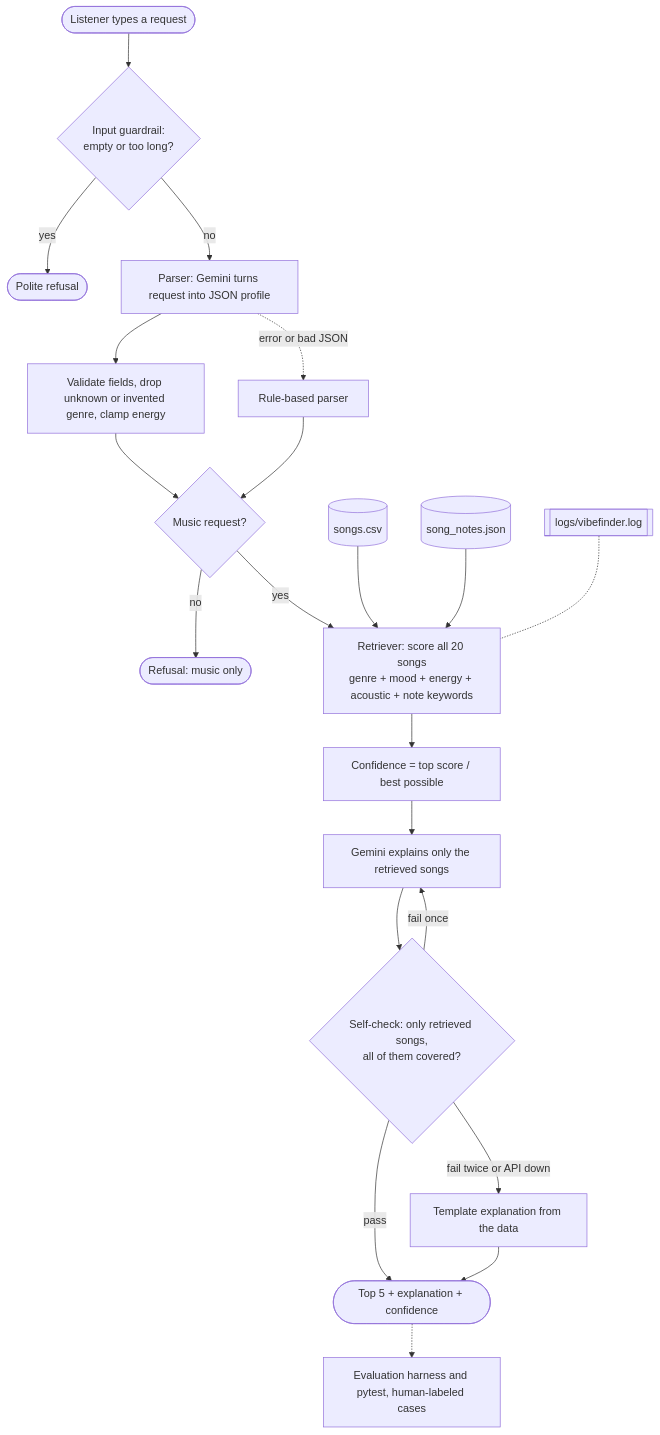
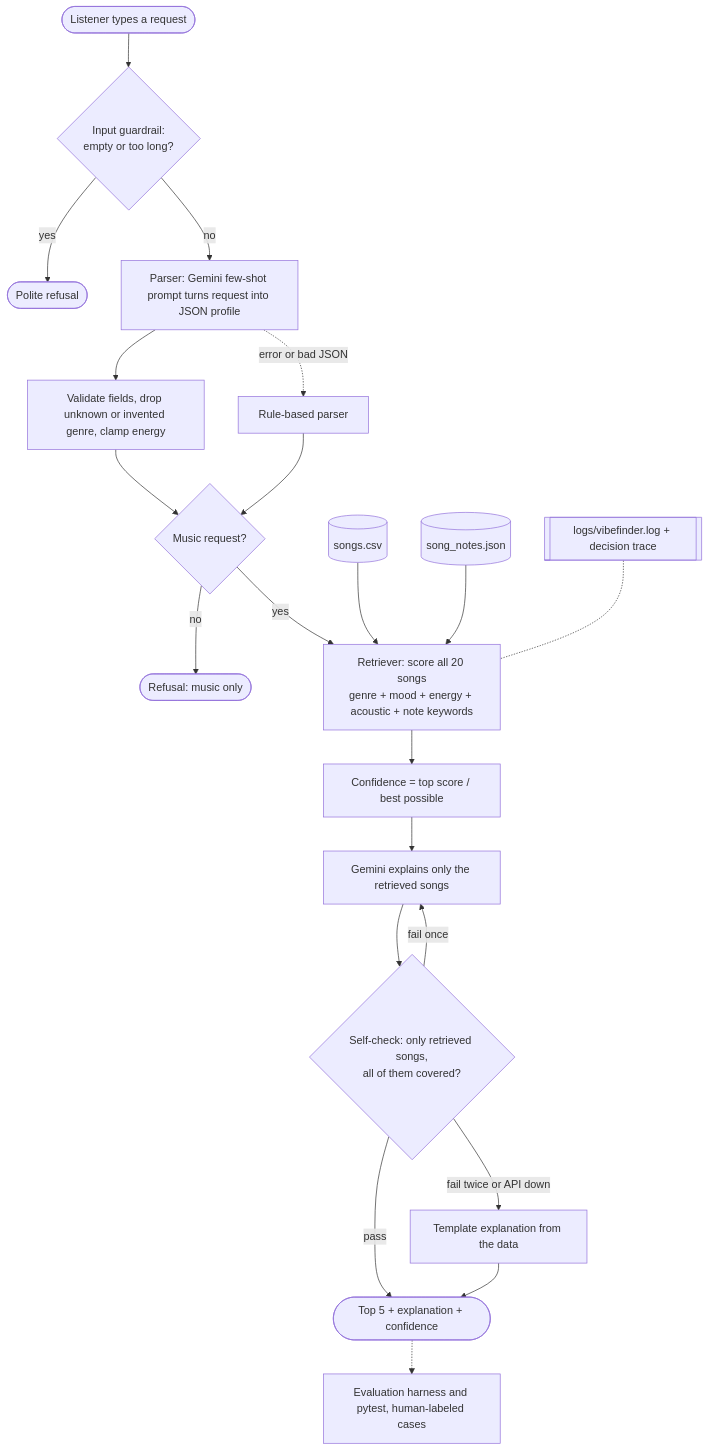
Before and after one commit to tanviranjumjoarder/applied-ai-system-project: the diagram in README.md, drawn with Mermaid. The commit also changed other lines of this file and 4 other files, not shown here.

````diff
--- a/README.md
+++ b/README.md
@@ -25,23 +25,23 @@
 ```mermaid
 flowchart TD
     U([Listener types a request]) --> G1{Input guardrail:<br/>empty or too long?}
     G1 -- yes --> R1([Polite refusal])
-    G1 -- no --> P[Parser: Gemini turns request into JSON profile]
+    G1 -- no --> P[Parser: Gemini few-shot prompt turns request into JSON profile]
     P --> V[Validate fields, drop unknown or invented genre, clamp energy]
     P -. error or bad JSON .-> F[Rule-based parser]
     V --> M{Music request?}
     F --> M
     M -- no --> R2([Refusal: music only])
     M -- yes --> RET[Retriever: score all 20 songs<br/>genre + mood + energy + acoustic + note keywords]
     DB[(songs.csv)] --> RET
     KB[(song_notes.json)] --> RET
     RET --> C[Confidence = top score / best possible]
     C --> E[Gemini explains only the retrieved songs]
     E --> SC{Self-check: only retrieved songs,<br/>all of them covered?}
     SC -- fail once --> E
     SC -- fail twice or API down --> T[Template explanation from the data]
     SC -- pass --> OUT([Top 5 + explanation + confidence])
     T --> OUT
     OUT -.-> EV[Evaluation harness and pytest, human-labeled cases]
-    LOG[[logs/vibefinder.log]] -.- RET
+    LOG[[logs/vibefinder.log + decision trace]] -.- RET
 ```
````
